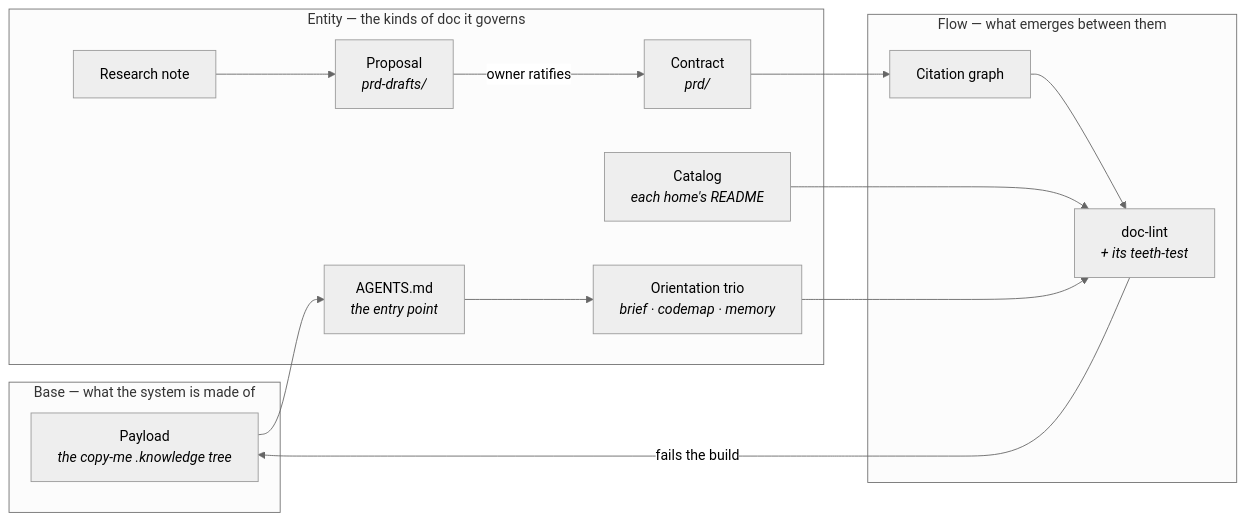
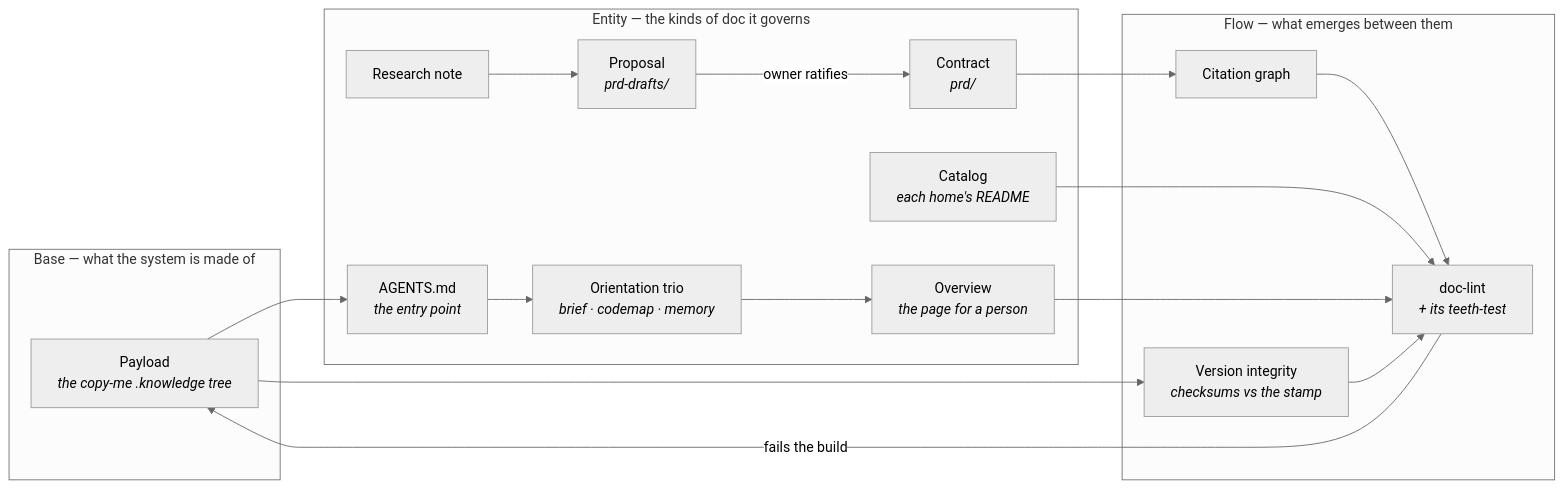
The diagram in .knowledge/OVERVIEW.md (timothymarois/knowledge-template), drawn with Mermaid (neutral theme) before and after one commit. The commit also changed other lines of this file and 15 other files, not shown here.

First line of the commit message:
feat(knowledge): payload integrity, a closed OVERVIEW schema, a leaner rulebook

````diff
--- a/.knowledge/OVERVIEW.md
+++ b/.knowledge/OVERVIEW.md
@@ -11,28 +16,33 @@
 ```mermaid
 flowchart LR
   subgraph Base["Base — what the system is made of"]
     payload["Payload<br/><i>the copy-me .knowledge tree</i>"]
   end
   subgraph Entity["Entity — the kinds of doc it governs"]
     rulebook["AGENTS.md<br/><i>the entry point</i>"]
     trio["Orientation trio<br/><i>brief · codemap · memory</i>"]
+    overview["Overview<br/><i>the page for a person</i>"]
     research["Research note"]
     draft["Proposal<br/><i>prd-drafts/</i>"]
     contract["Contract<br/><i>prd/</i>"]
     catalog["Catalog<br/><i>each home's README</i>"]
   end
   subgraph Flow["Flow — what emerges between them"]
     citation["Citation graph"]
+    integrity["Version integrity<br/><i>checksums vs the stamp</i>"]
     lint["doc-lint<br/><i>+ its teeth-test</i>"]
   end
 
   payload --> rulebook
   rulebook --> trio
+  trio --> overview
   research --> draft
   draft -->|owner ratifies| contract
   contract --> citation
   citation --> lint
   catalog --> lint
-  trio --> lint
+  overview --> lint
+  payload --> integrity
+  integrity --> lint
   lint -->|fails the build| payload
 ```
````
